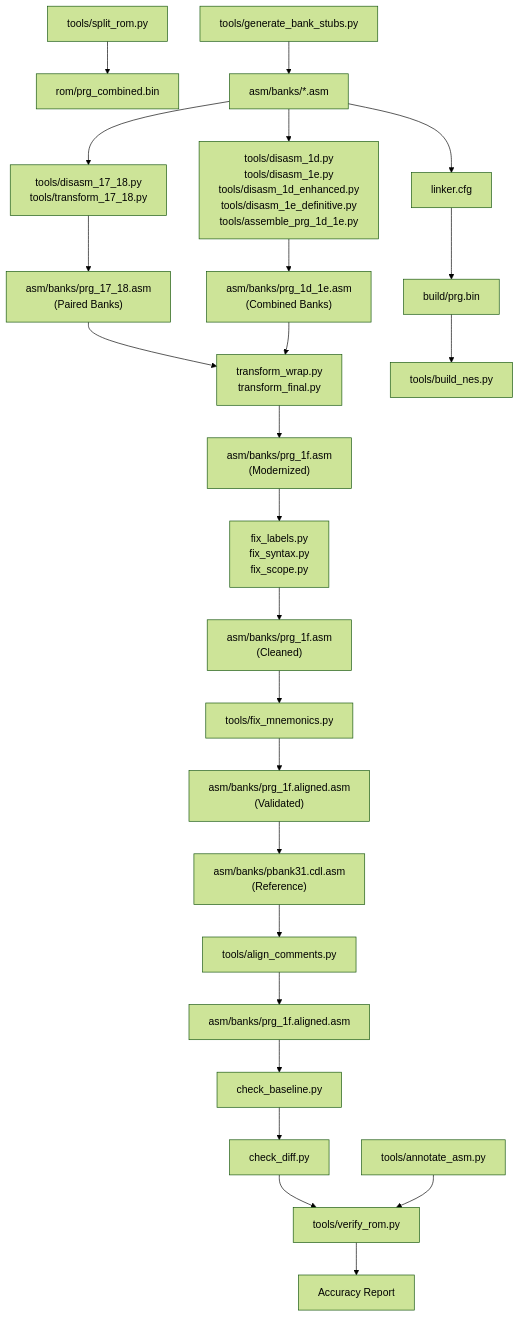
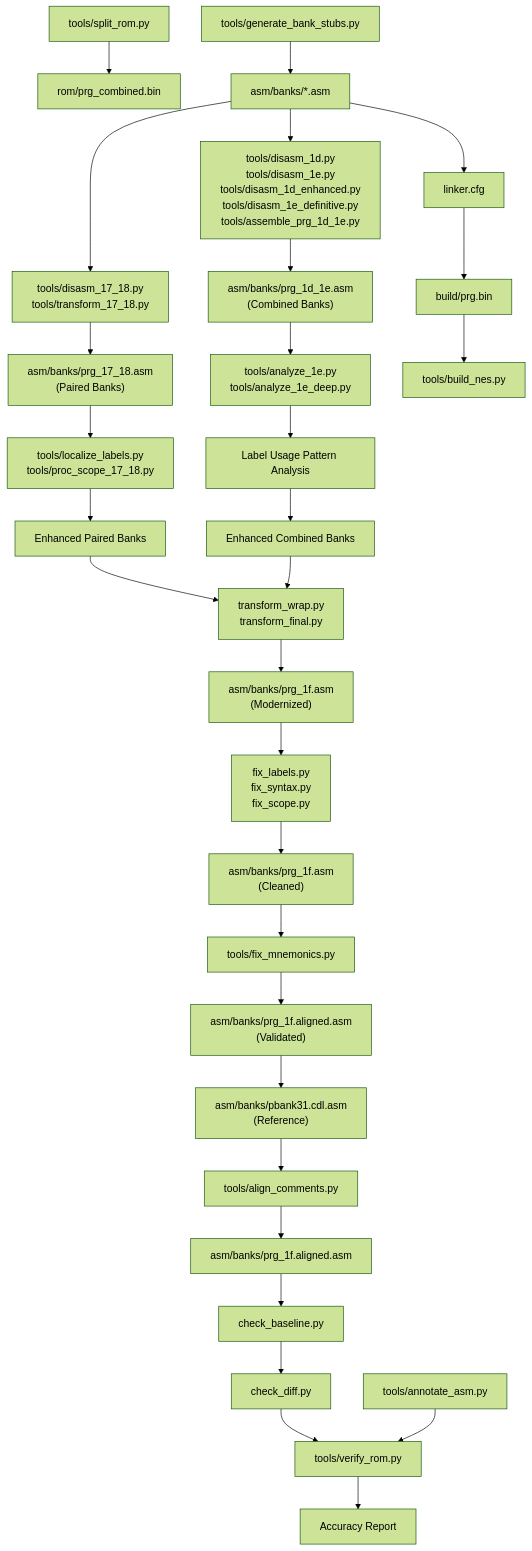
The seventh of 7 diagrams in .qoder/repowiki/en/content/Disassembly Workflow/Disassembly Workflow.md (rabbyzero/sango2dasm), drawn with Mermaid (forest theme) before and after one commit. The commit also changed other lines of this file and 10 other files, not shown here.

````diff
--- a/.qoder/repowiki/en/content/Disassembly Workflow/Disassembly Workflow.md
+++ b/.qoder/repowiki/en/content/Disassembly Workflow/Disassembly Workflow.md
@@ -720,27 +753,32 @@
 ```mermaid
 graph TB
 SPLIT["tools/split_rom.py"] --> BIN["rom/prg_combined.bin"]
 STUB["tools/generate_bank_stubs.py"] --> ASM["asm/banks/*.asm"]
 ASM --> DIS1718["tools/disasm_17_18.py<br/>tools/transform_17_18.py"]
 DIS1718 --> PAIR["asm/banks/prg_17_18.asm<br/>(Paired Banks)"]
+PAIR --> LABEL1718["tools/localize_labels.py<br/>tools/proc_scope_17_18.py"]
+LABEL1718 --> PAIR_ENHANCED["Enhanced Paired Banks"]
 ASM --> DIS1D1E["tools/disasm_1d.py<br/>tools/disasm_1e.py<br/>tools/disasm_1d_enhanced.py<br/>tools/disasm_1e_definitive.py<br/>tools/assemble_prg_1d_1e.py"]
 DIS1D1E --> COMB["asm/banks/prg_1d_1e.asm<br/>(Combined Banks)"]
-PAIR --> TRANS["transform_wrap.py<br/>transform_final.py"]
-COMB --> TRANS
+COMB --> ANALYZE1E["tools/analyze_1e.py<br/>tools/analyze_1e_deep.py"]
+ANALYZE1E --> LABEL1D1E["Label Usage Pattern Analysis"]
+LABEL1D1E --> COMB_ENHANCED["Enhanced Combined Banks"]
+PAIR_ENHANCED --> TRANS["transform_wrap.py<br/>transform_final.py"]
+COMB_ENHANCED --> TRANS
 TRANS --> MOD["asm/banks/prg_1f.asm<br/>(Modernized)"]
 MOD --> FIX["fix_labels.py<br/>fix_syntax.py<br/>fix_scope.py"]
 FIX --> CLEAN["asm/banks/prg_1f.asm<br/>(Cleaned)"]
 CLEAN --> REF["tools/fix_mnemonics.py"]
 REF --> VALID["asm/banks/prg_1f.aligned.asm<br/>(Validated)"]
 VALID --> CDL["asm/banks/pbank31.cdl.asm<br/>(Reference)"]
 CDL --> ALIGN["tools/align_comments.py"]
 ALIGN --> ALIGNED["asm/banks/prg_1f.aligned.asm"]
 ALIGNED --> BASE["check_baseline.py"]
 BASE --> DIFF["check_diff.py"]
 DIFF --> VERIFY["tools/verify_rom.py"]
 VERIFY --> ACC["Accuracy Report"]
 ASM --> LINK["linker.cfg"]
 LINK --> OBJ["build/prg.bin"]
 OBJ --> NES["tools/build_nes.py"]
 ANNO["tools/annotate_asm.py"] --> VERIFY
 ```
````
